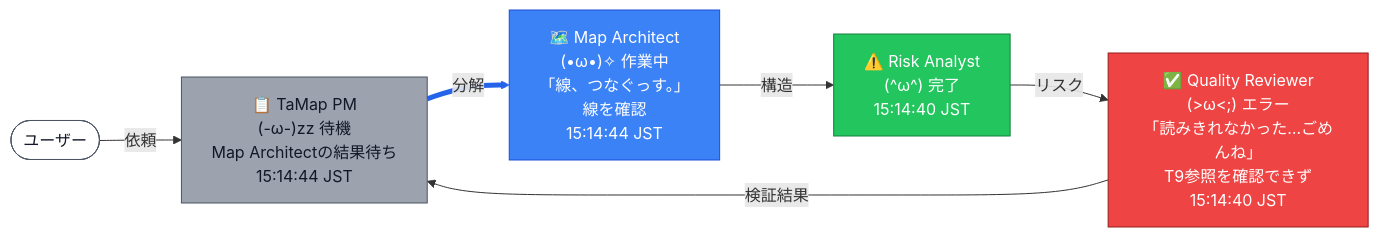
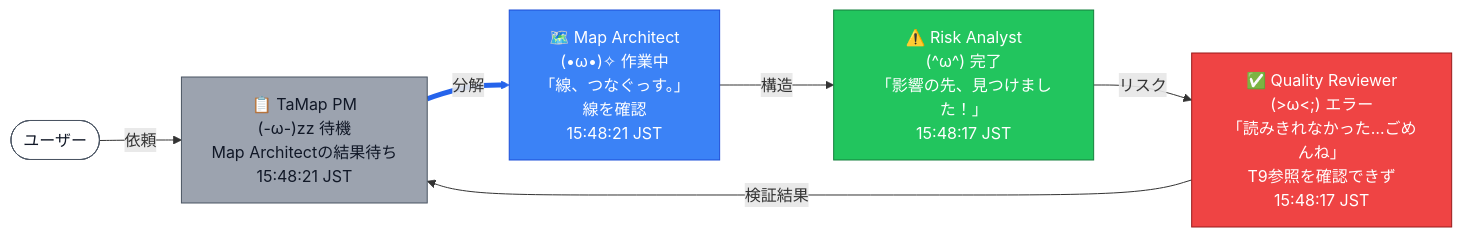
Diagram 14 of 16 in docs/sample_output.md (nekomario28/tamap), drawn with Mermaid before and after one commit. The commit also changed other lines of this file and 8 other files, not shown here.

````diff
--- a/docs/sample_output.md
+++ b/docs/sample_output.md
@@ -475,24 +481,24 @@
 ```mermaid
 flowchart LR
   U(["ユーザー"])
-  PM["📋 TaMap PM<br>(-ω-)zz 待機<br>Map Architectの結果待ち<br>15:14:44 JST"]
-  MA["🗺️ Map Architect<br>(•ω•)✧ 作業中<br>「線、つなぐっす。」<br>線を確認<br>15:14:44 JST"]
-  RA["⚠️ Risk Analyst<br>(^ω^) 完了<br>15:14:40 JST"]
-  QR["✅ Quality Reviewer<br>(#gt;ω#lt;;) エラー<br>「読みきれなかった…ごめんね」<br>T9参照を確認できず<br>15:14:40 JST"]
+  PM["📋 TaMap PM<br>(-ω-)zz 待機<br>Map Architectの結果待ち<br>15:48:21 JST"]
+  MA["🗺️ Map Architect<br>(•ω•)✧ 作業中<br>「線、つなぐっす。」<br>線を確認<br>15:48:21 JST"]
+  RA["⚠️ Risk Analyst<br>(^ω^) 完了<br>「影響の先、見つけました！」<br>15:48:17 JST"]
+  QR["✅ Quality Reviewer<br>(#gt;ω#lt;;) エラー<br>「読みきれなかった…ごめんね」<br>T9参照を確認できず<br>15:48:17 JST"]
   U -- 依頼 --> PM
   PM -- 分解 --> MA
   MA -- 構造 --> RA
   RA -- リスク --> QR
   QR -- 検証結果 --> PM
   classDef idle fill:#9ca3af,stroke:#4b5563,color:#111827
   classDef working fill:#3b82f6,stroke:#1d4ed8,color:#ffffff
   classDef done fill:#22c55e,stroke:#15803d,color:#ffffff
   classDef error fill:#ef4444,stroke:#991b1b,color:#ffffff
   classDef user fill:#ffffff,stroke:#4b5563,color:#111827
   class U user
   class PM idle
   class MA working
   class RA done
   class QR error
   linkStyle 1 stroke:#2563eb,stroke-width:5px
 ```
````
